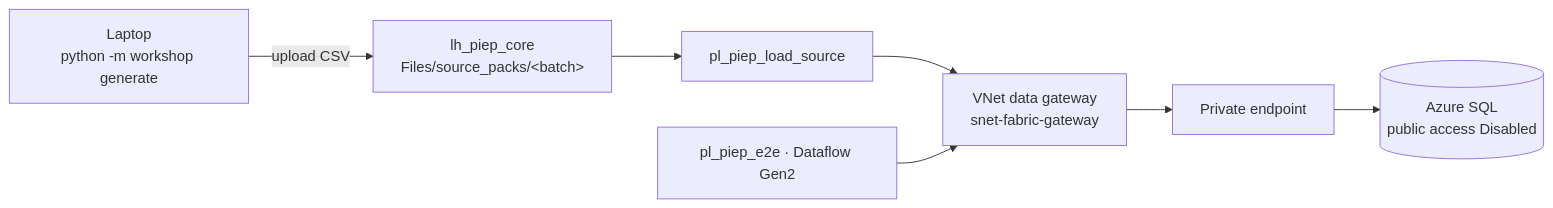
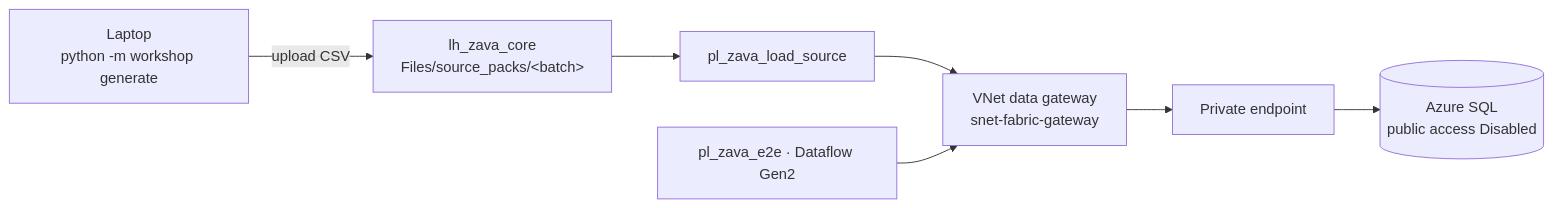
The second of 2 diagrams in demo tutorial/tutorial/03-azure-sql-source.md (edhotp/Microsoft-Fabric-with-PPDM-Demo), drawn with Mermaid before and after one commit. The commit also changed other lines of this file and 67 other files, not shown here.

First line of the commit message:
Rebrand demo from PIEP to Zava Energy

````diff
--- a/demo tutorial/tutorial/03-azure-sql-source.md
+++ b/demo tutorial/tutorial/03-azure-sql-source.md
@@ -90,8 +90,8 @@
 ```mermaid
 flowchart LR
-    L["Laptop<br/>python -m workshop generate"] -->|upload CSV| F["lh_piep_core<br/>Files/source_packs/&lt;batch&gt;"]
-    F --> PL["pl_piep_load_source"]
+    L["Laptop<br/>python -m workshop generate"] -->|upload CSV| F["lh_zava_core<br/>Files/source_packs/&lt;batch&gt;"]
+    F --> PL["pl_zava_load_source"]
     PL --> GW["VNet data gateway<br/>snet-fabric-gateway"]
     GW --> PE["Private endpoint"] --> SQL[("Azure SQL<br/>public access Disabled")]
-    P2["pl_piep_e2e · Dataflow Gen2"] --> GW
+    P2["pl_zava_e2e · Dataflow Gen2"] --> GW
 ```
````
